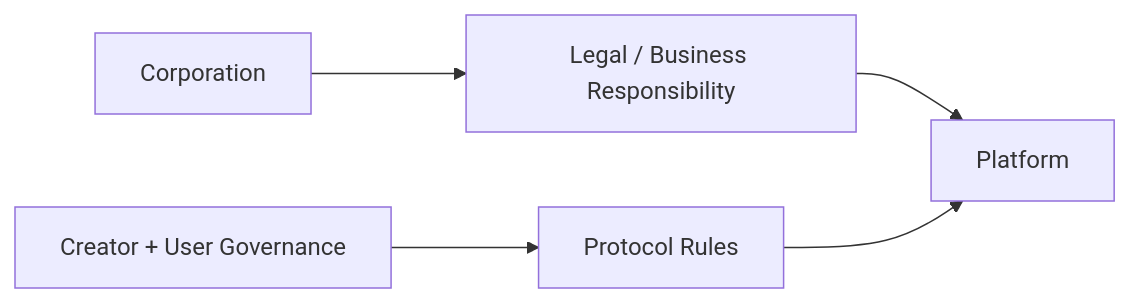
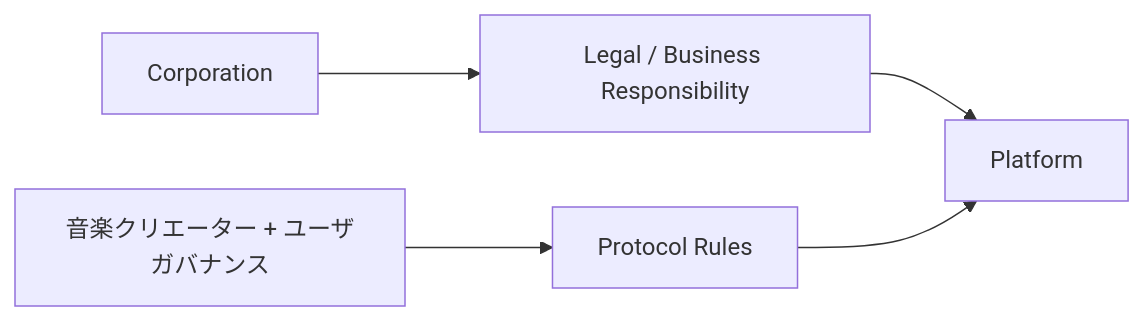
Diagram 13 of 23 in docs/whitepaper/07-governance.md (ShigeichiroYamasaki/creator-first-platform), drawn with Mermaid before and after one commit. The commit also changed other lines of this file and 67 other files, not shown here.

````diff
--- a/docs/whitepaper/07-governance.md
+++ b/docs/whitepaper/07-governance.md
@@ -632,14 +660,14 @@
 ```mermaid
 flowchart LR
     CORP[Corporation]
     LEGAL[Legal / Business Responsibility]
 
-    GOV[Creator + User Governance]
+    GOV[音楽クリエーター + ユーザガバナンス]
     PROTOCOL[Protocol Rules]
 
     CORP --> LEGAL
     GOV --> PROTOCOL
 
     LEGAL --> PLATFORM[Platform]
     PROTOCOL --> PLATFORM
 ```
````
